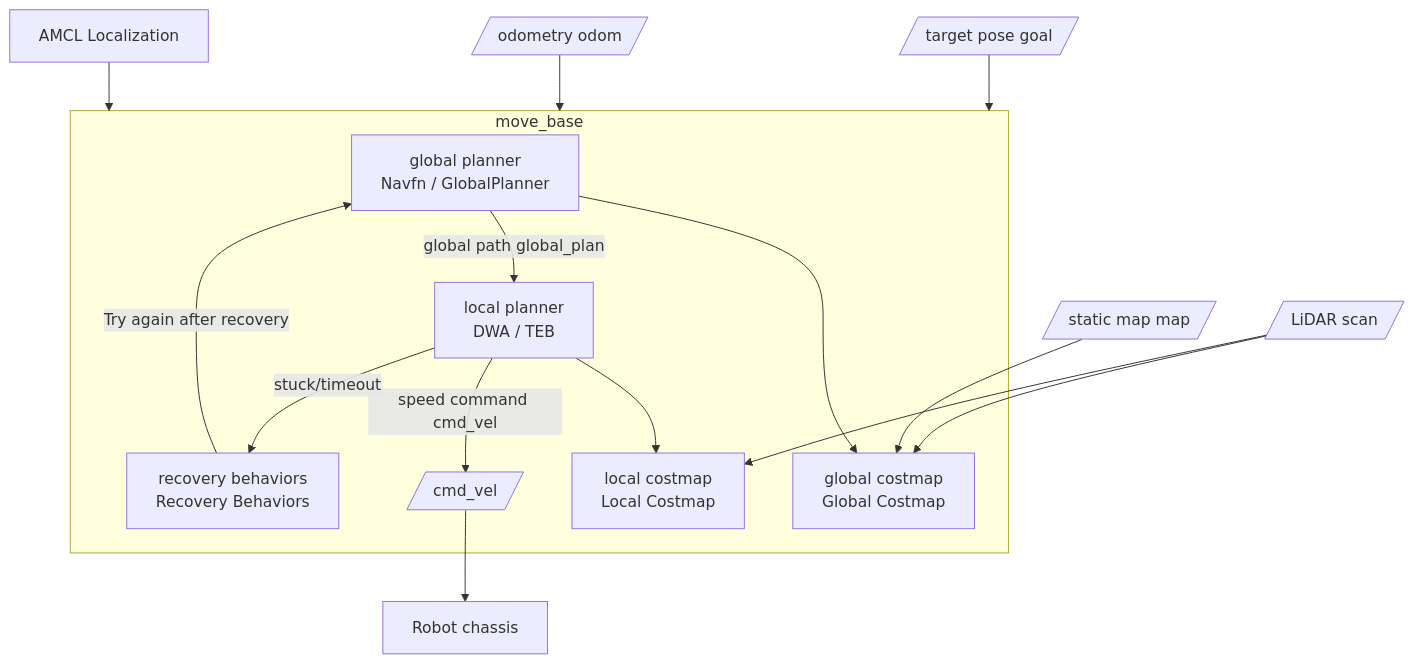
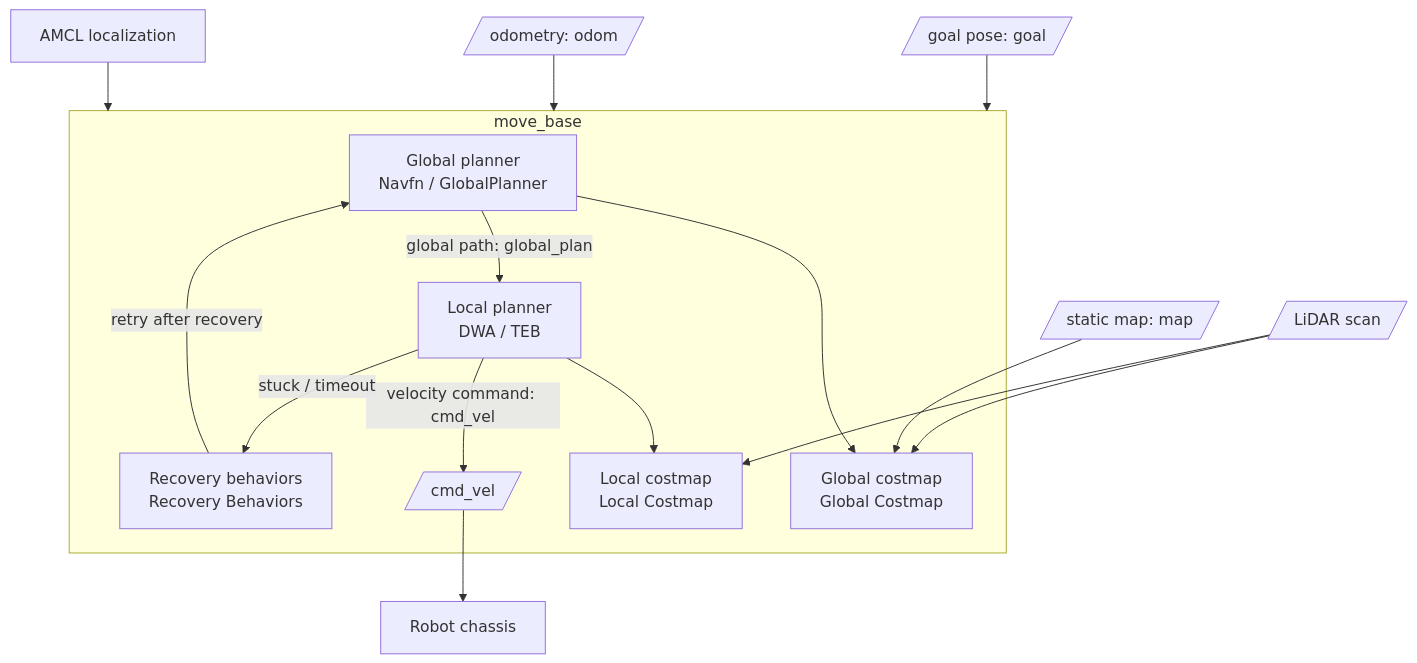
Diagram 15 of 18 in _translations/en/research/Robot-Navigation-Survey.md (TingdeLiu/tingdeliu.github.io), drawn with Mermaid before and after one commit. The commit also changed other lines of this file and 51 other files, not shown here.

````diff
--- a/_translations/en/research/Robot-Navigation-Survey.md
+++ b/_translations/en/research/Robot-Navigation-Survey.md
@@ -2626,19 +2626,19 @@
 ```mermaid
 flowchart TB
     subgraph MoveBase["move_base"]
-        GM["global planner\nNavfn / GlobalPlanner"] --> GCM["global costmap\nGlobal Costmap"]
-        LM["local planner\nDWA / TEB"] --> LCM["local costmap\nLocal Costmap"]
-        GM -->|global path global_plan| LM
-        LM -->|speed command cmd_vel| VEL
-        REC["recovery behaviors\nRecovery Behaviors"]
+        GM["Global planner\nNavfn / GlobalPlanner"] --> GCM["Global costmap\nGlobal Costmap"]
+        LM["Local planner\nDWA / TEB"] --> LCM["Local costmap\nLocal Costmap"]
+        GM -->|global path: global_plan| LM
+        LM -->|velocity command: cmd_vel| VEL
+        REC["Recovery behaviors\nRecovery Behaviors"]
     end
 
-    GOAL[/target pose goal/] --> MoveBase
-    MAP[/static map map/] --> GCM
+    GOAL[/goal pose: goal/] --> MoveBase
+    MAP[/static map: map/] --> GCM
     SCAN[/LiDAR scan/] --> GCM & LCM
-    ODOM[/ odometry  odom/] --> MoveBase
+    ODOM[/odometry: odom/] --> MoveBase
     VEL[/cmd_vel/] --> Robot["Robot chassis"]
-    AMCL["AMCL Localization"] --> MoveBase
-    LM -- stuck/timeout --> REC
-    REC -- Try again after recovery --> GM
+    AMCL["AMCL localization"] --> MoveBase
+    LM -- stuck / timeout --> REC
+    REC -- retry after recovery --> GM
 ```
````
